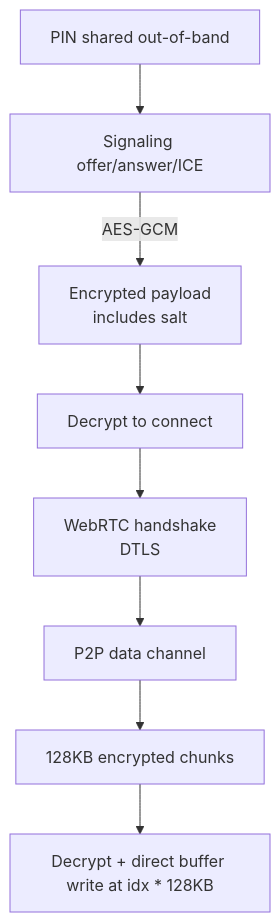
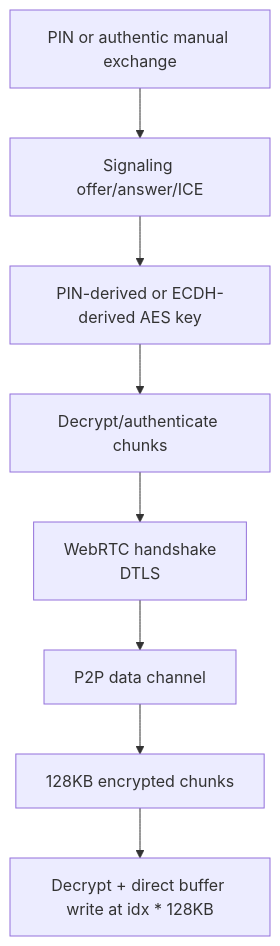
One commit to andrewtheguy/secure-send-web changed the fourth of 4 diagrams in docs/ARCHITECTURE.md. Above: the diagram before and after it, drawn with Mermaid. The commit also changed other lines of this file and 11 other files, not shown here.

````diff
--- a/docs/ARCHITECTURE.md
+++ b/docs/ARCHITECTURE.md
@@ -503,10 +506,10 @@
 ```mermaid
 flowchart TD
-    PIN[PIN shared out-of-band] --> Signaling[Signaling offer/answer/ICE]
-    Signaling -->|AES-GCM| EncryptedPayload[Encrypted payload<br/>includes salt]
-    EncryptedPayload --> Decrypt[Decrypt to connect]
+    Secret[PIN or authentic manual exchange] --> Signaling[Signaling offer/answer/ICE]
+    Signaling --> Key[PIN-derived or ECDH-derived AES key]
+    Key --> Decrypt[Decrypt/authenticate chunks]
     Decrypt --> DTLS[WebRTC handshake<br/>DTLS]
     DTLS --> Channel[P2P data channel]
     Channel --> Chunks[128KB encrypted chunks]
     Chunks --> Write[Decrypt + direct buffer write at idx * 128KB]
 ```
````
